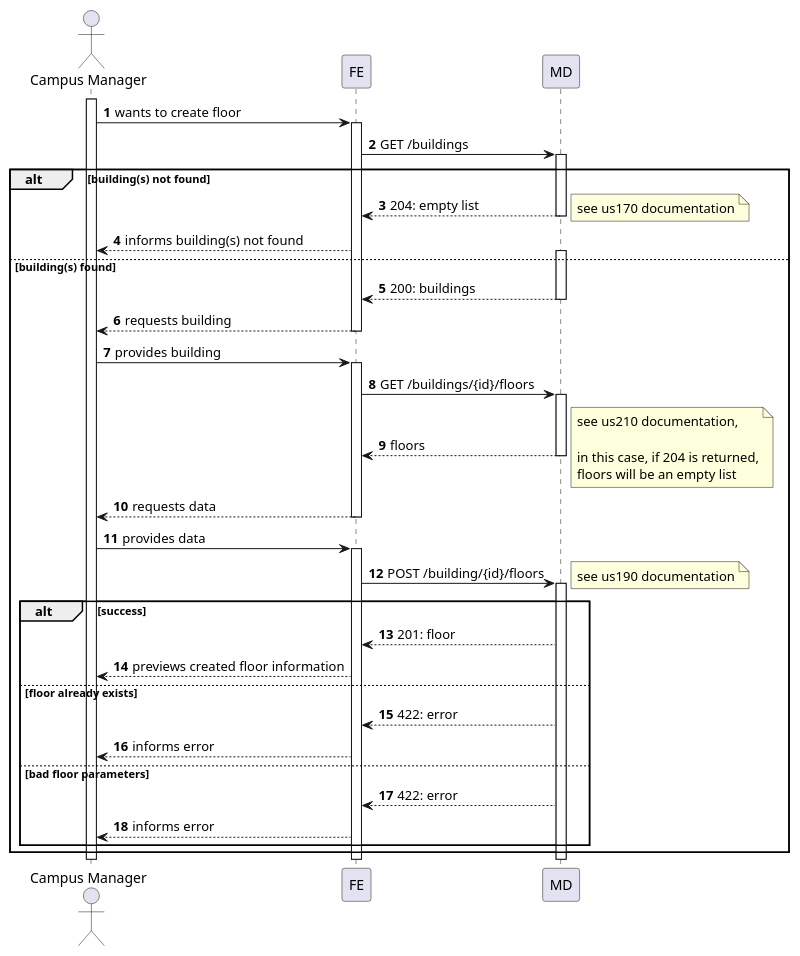
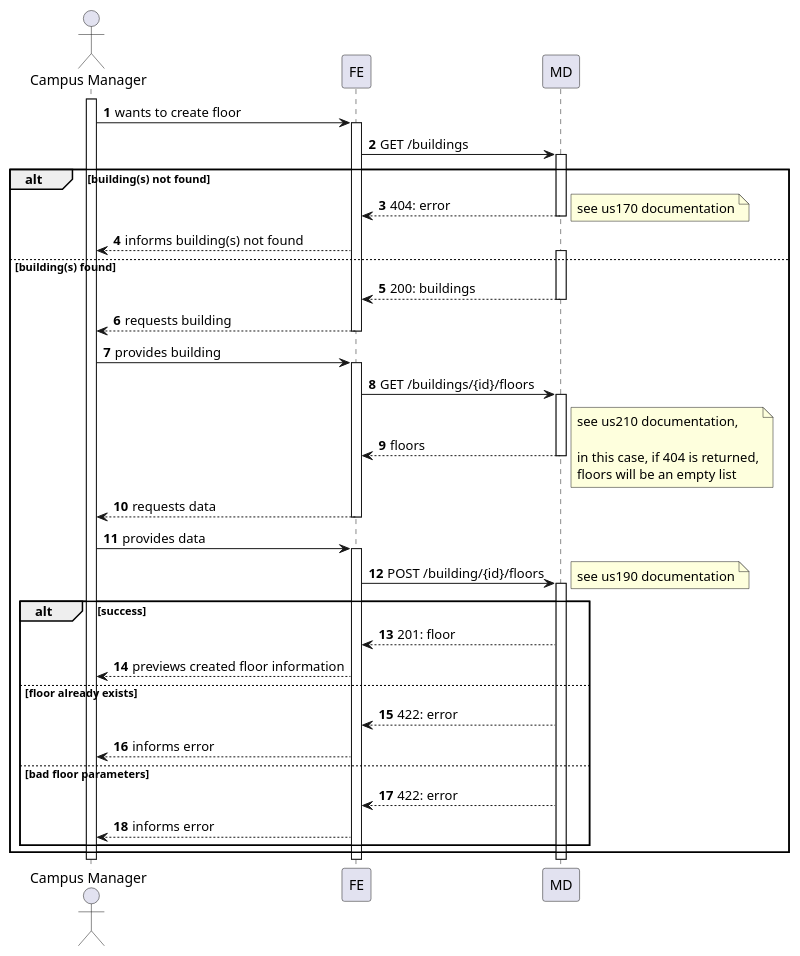
One commit to Departamento-de-Engenharia-Informatica/lapr5-23-24-g19 changed the diagram in docs/us1090/level2/process-view.puml. Above: the diagram before and after it, drawn with PlantUML. The commit also changed 6 other files, not shown here.

```diff
--- a/docs/us1090/level2/process-view.puml
+++ b/docs/us1090/level2/process-view.puml
@@ -1,56 +1,56 @@
 @startuml
 autonumber
 
 actor "Campus Manager" as usr
 
 participant "FE" as ui
 
 participant "MD" as md
 
 activate usr
 usr -> ui : wants to create floor
     activate ui
         ui -> md : GET /buildings
         alt building(s) not found
             activate md
-                md --> ui : 204: empty list
+                md --> ui : 404: error
                 note right : see us170 documentation
             deactivate md
             ui --> usr : informs building(s) not found
         else building(s) found
             activate md
                 md --> ui : 200: buildings
             deactivate md
             ui --> usr : requests building
         deactivate ui
 
         usr -> ui : provides building
         activate ui
             ui -> md : GET /buildings/{id}/floors
             activate md
                 md --> ui : floors
-                note right : see us210 documentation,\n\nin this case, if 204 is returned,\nfloors will be an empty list
+                note right : see us210 documentation,\n\nin this case, if 404 is returned,\nfloors will be an empty list
             deactivate md
             ui --> usr : requests data
         deactivate ui
 
         usr -> ui : provides data
         activate ui
             ui -> md : POST /building/{id}/floors
             activate md
             note right : see us190 documentation
                 alt success
                     md --> ui : 201: floor
                     ui --> usr : previews created floor information
                 else floor already exists
                     md --> ui : 422: error
                     ui --> usr : informs error
                 else bad floor parameters
                     md --> ui : 422: error
                     ui --> usr : informs error
                 end
         end
         deactivate md
     deactivate ui
 deactivate usr
 @enduml
```
